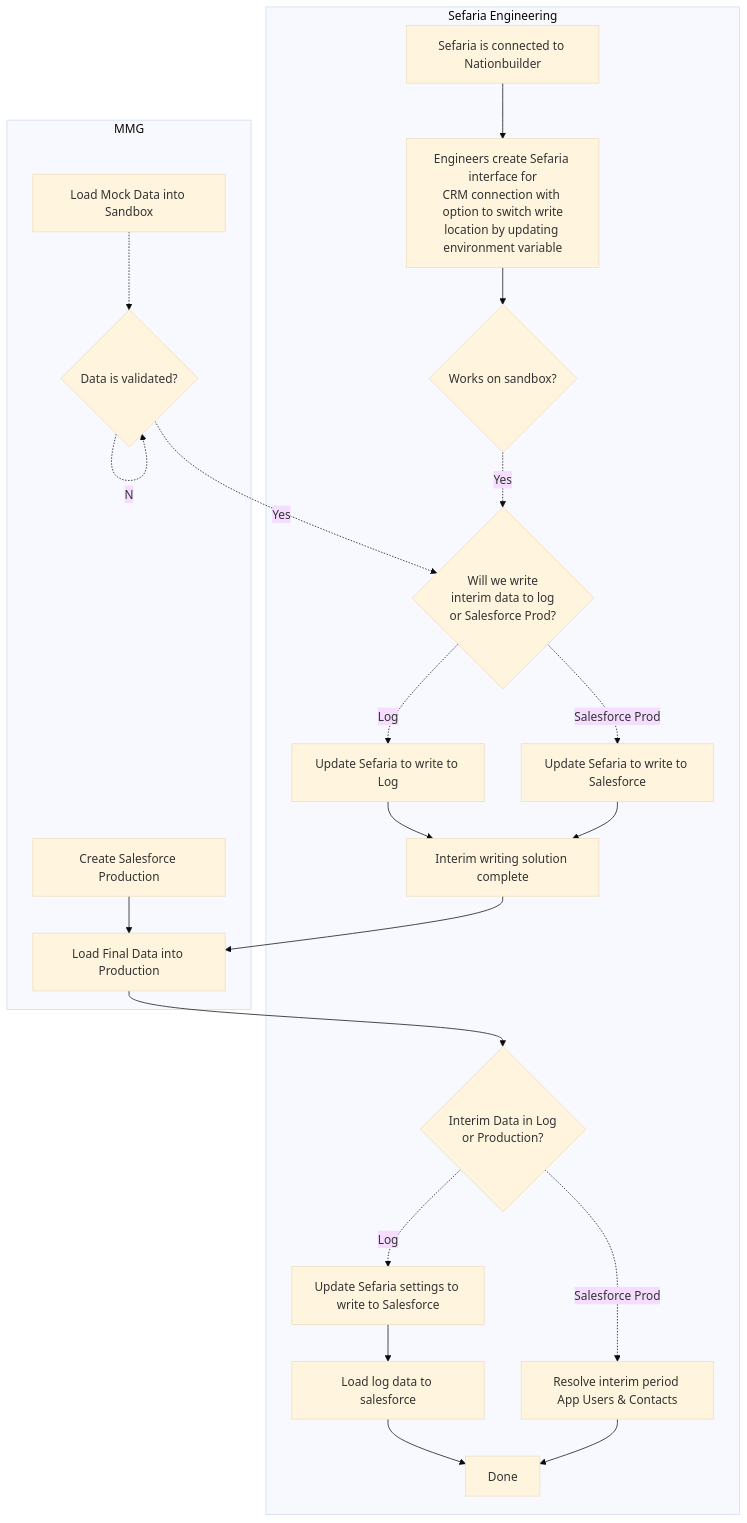
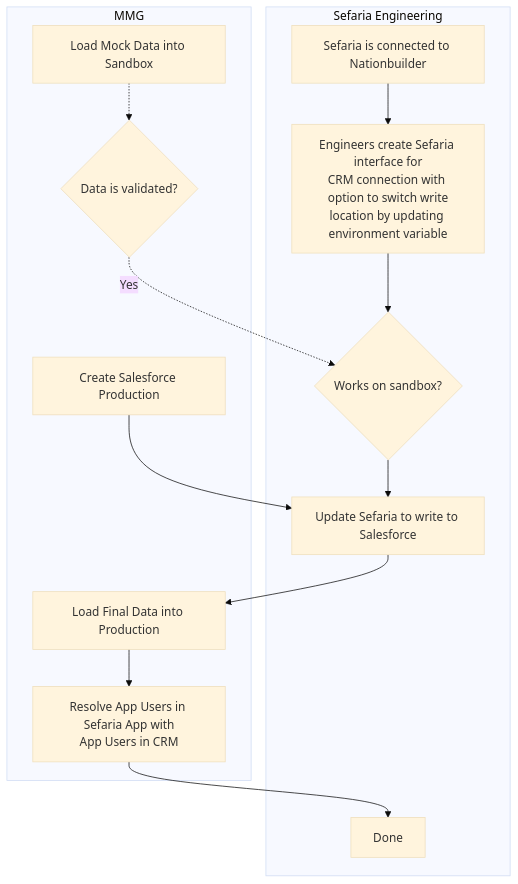
Before and after one commit to sidzan/Lopenling-reader: the third of 8 diagrams in sefaria/helper/crm/crm.md, drawn with Mermaid (base theme). The commit also changed other lines of this file, not shown here.

````diff
--- a/sefaria/helper/crm/crm.md
+++ b/sefaria/helper/crm/crm.md
@@ -88,41 +88,26 @@
 ```mermaid
 flowchart TD
     subgraph Sefaria Engineering 
     A1[Sefaria is connected to Nationbuilder]
     A2[Engineers create Sefaria interface for<br>CRM connection with option to switch write<br>location by updating environment variable]
     A3{Works on sandbox?}
-    A3.1{Will we write<br>interim data to log<br>or Salesforce Prod?}
-    A3.2[Update Sefaria to write to Log]
-    Interim[Interim writing solution complete]
-    A3.3[Update Sefaria settings to write to Salesforce]
-    Load[Load log data to salesforce]
     A4[Update Sefaria to write to Salesforce ]
-    A4.1[Resolve interim period App Users & Contacts]
-    A5{Interim Data in Log<br>or Production?}
     Done
     end
     subgraph MMG 
     B1[Load Mock Data into Sandbox]
     B1.1{Data is validated?}
     B3[Create Salesforce Production]
     B4[Load Final Data into Production]
+    Resolve[Resolve App Users in Sefaria App with<br>App Users in CRM]
     end 
     B1-.->B1.1
-    B1.1-.Yes.->A3.1
-      B1.1-.No.->B1.1
+    B1.1-.Yes.->A3
     A1-->A2
     A2-->A3
-    A3-.Yes.->A3.1
-    A3.1-.Log.->A3.2
-    A3.1-.Salesforce Prod.->A4
-    A3.2-->Interim
-    A4-->Interim
-    Interim-->B4
-    B4-->A5 
-    A5-.Log.->A3.3
-    A5-.Salesforce Prod.->A4.1
-    B3-->B4
-    A3.3-->Load
-    Load-->Done
-    A4.1-->Done
+    A3-->A4
+    B3-->A4 
+    A4-->B4
+    B4-->Resolve
+    Resolve-->Done
 ```
````
